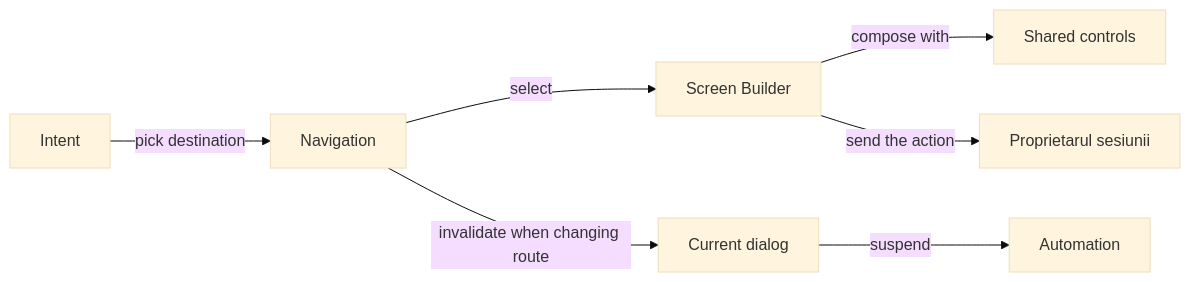
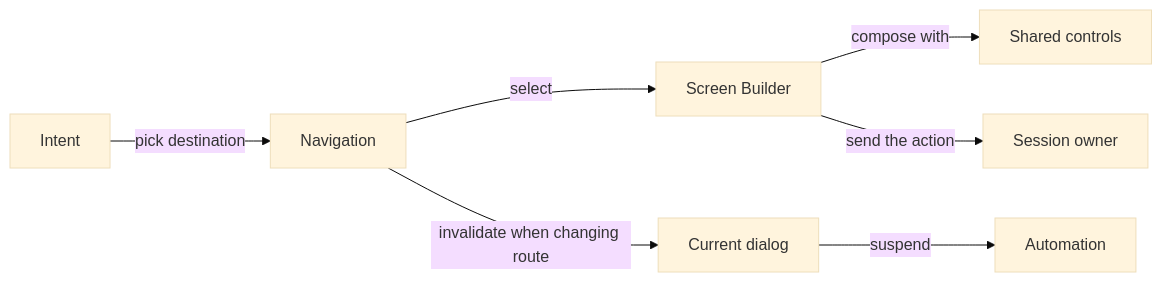
One commit to crististefanita/atf_j4 changed the second of 4 diagrams in whist-lab-app/app/src/main/java/ro/whistlab/app/README.md. Above: the diagram before and after it, drawn with Mermaid (base theme). The commit also changed other lines of this file and 126 other files, not shown here.

````diff
--- a/whist-lab-app/app/src/main/java/ro/whistlab/app/README.md
+++ b/whist-lab-app/app/src/main/java/ro/whistlab/app/README.md
@@ -124,9 +124,9 @@
 ```mermaid
 flowchart LR
     INTENT[Intent] -->|pick destination| NAV[Navigation]
     NAV -->|select| SCREEN[Screen Builder]
     SCREEN -->|compose with| VIEWS[Shared controls]
-    SCREEN -->|send the action| OWNER[Proprietarul sesiunii]
+    SCREEN -->|send the action| OWNER[Session owner]
     DIALOG[Current dialog] -->|suspend| AI[Automation]
     NAV -->|invalidate when changing route| DIALOG
 ```
````
